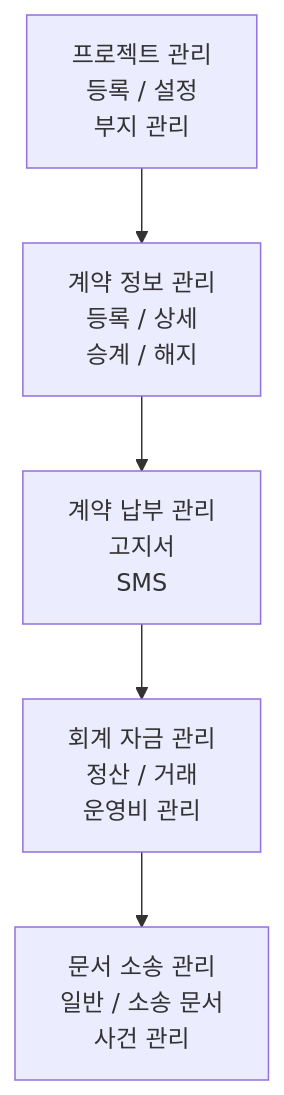
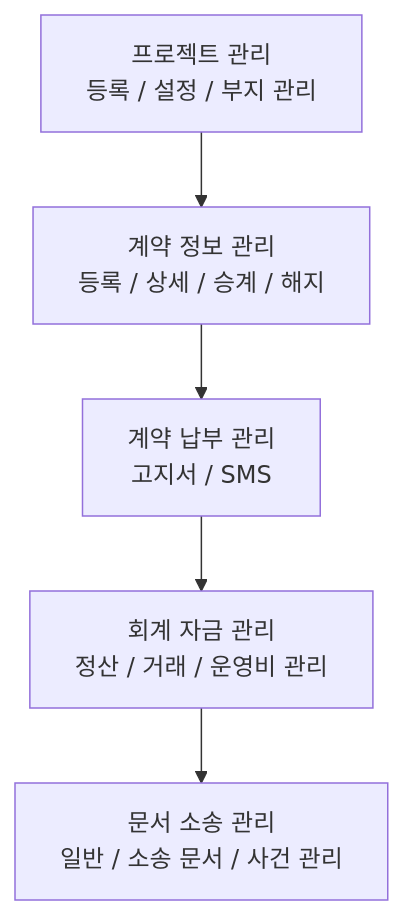
Before and after one commit to nc2U/ibs: the diagram in app/vue/docs/intro/getting-started.md, drawn with Mermaid. The commit also changed other lines of this file, not shown here.

````diff
--- a/app/vue/docs/intro/getting-started.md
+++ b/app/vue/docs/intro/getting-started.md
@@ -43,9 +21,9 @@
 ```mermaid
 graph TD
-A[프로젝트 관리<br/>등록 / 설정<br/>부지 관리]
-B[계약 정보 관리<br/>등록 / 상세<br/>승계 / 해지]
-C[계약 납부 관리<br/>고지서<br/>SMS]
-D[회계 자금 관리<br/>정산 / 거래<br/>운영비 관리]
-E[문서 소송 관리<br/>일반 / 소송 문서<br/>사건 관리]
+A[프로젝트 관리<br/>등록 / 설정 / 부지 관리]
+B[계약 정보 관리<br/>등록 / 상세 / 승계 / 해지]
+C[계약 납부 관리<br/>고지서 / SMS]
+D[회계 자금 관리<br/>정산 / 거래 / 운영비 관리]
+E[문서 소송 관리<br/>일반 / 소송 문서 / 사건 관리]
 A --> B --> C --> D --> E
 ```
````
